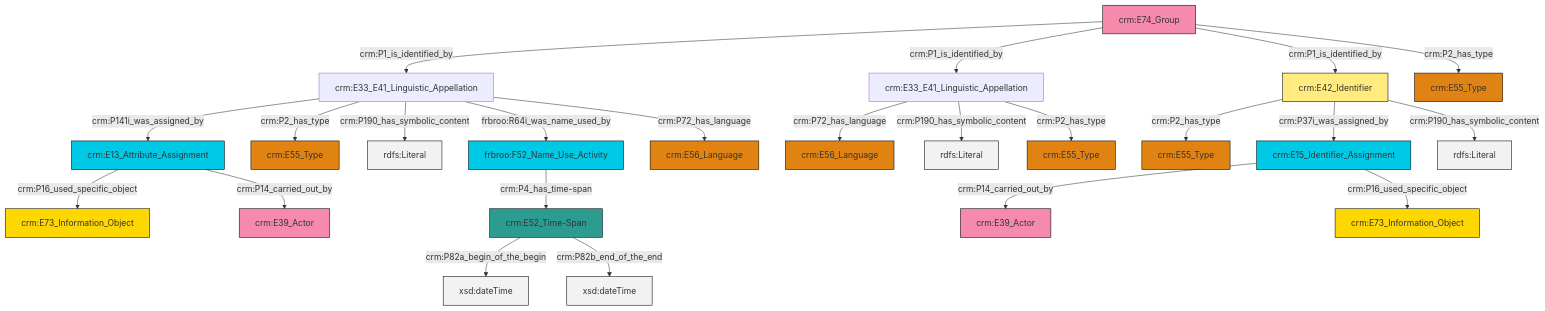
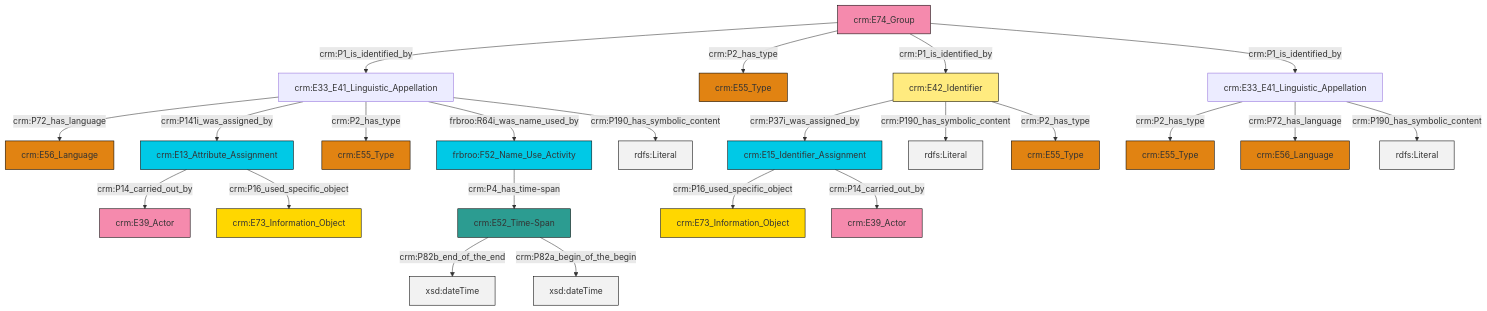
One commit to swiss-art-research-net/reference-data-models changed the diagram in et/groupCSV/ttl/mmd/group_name.ttl.mmd. Above: the diagram before and after it, drawn with Mermaid. The commit also changed 126 other files, not shown here.

```diff
--- a/et/groupCSV/ttl/mmd/group_name.ttl.mmd
+++ b/et/groupCSV/ttl/mmd/group_name.ttl.mmd
@@ -1,37 +1,37 @@
 graph TD
 classDef Literal fill:#f2f2f2,stroke:#000000;
 classDef CRM_Entity fill:#FFFFFF,stroke:#000000;
 classDef Temporal_Entity fill:#00C9E6, stroke:#000000;
 classDef Type fill:#E18312, stroke:#000000;
 classDef Time-Span fill:#2C9C91, stroke:#000000;
 classDef Appellation fill:#FFEB7F, stroke:#000000;
 classDef Place fill:#008836, stroke:#000000;
 classDef Persistent_Item fill:#B266B2, stroke:#000000;
 classDef Conceptual_Object fill:#FFD700, stroke:#000000;
 classDef Physical_Thing fill:#D2B48C, stroke:#000000;
 classDef Actor fill:#f58aad, stroke:#000000;
 classDef PC_Classes fill:#4ce600, stroke:#000000;
 classDef Multi fill:#cccccc,stroke:#000000;
 
-0["crm:E42_Identifier"]:::Appellation -->|crm:P2_has_type| 1["crm:E55_Type"]:::Type
-0["crm:E42_Identifier"]:::Appellation -->|crm:P37i_was_assigned_by| 2["crm:E15_Identifier_Assignment"]:::Temporal_Entity
-3["crm:E33_E41_Linguistic_Appellation"]:::Default -->|crm:P141i_was_assigned_by| 4["crm:E13_Attribute_Assignment"]:::Temporal_Entity
-9["crm:E33_E41_Linguistic_Appellation"]:::Default -->|crm:P72_has_language| 10["crm:E56_Language"]:::Type
-0["crm:E42_Identifier"]:::Appellation -->|crm:P190_has_symbolic_content| 11[rdfs:Literal]:::Literal
-5["crm:E74_Group"]:::Actor -->|crm:P1_is_identified_by| 3["crm:E33_E41_Linguistic_Appellation"]:::Default
-5["crm:E74_Group"]:::Actor -->|crm:P1_is_identified_by| 9["crm:E33_E41_Linguistic_Appellation"]:::Default
-12["crm:E52_Time-Span"]:::Time-Span -->|crm:P82a_begin_of_the_begin| 13[xsd:dateTime]:::Literal
-3["crm:E33_E41_Linguistic_Appellation"]:::Default -->|crm:P2_has_type| 14["crm:E55_Type"]:::Type
-5["crm:E74_Group"]:::Actor -->|crm:P1_is_identified_by| 0["crm:E42_Identifier"]:::Appellation
-9["crm:E33_E41_Linguistic_Appellation"]:::Default -->|crm:P190_has_symbolic_content| 18[rdfs:Literal]:::Literal
-9["crm:E33_E41_Linguistic_Appellation"]:::Default -->|crm:P2_has_type| 19["crm:E55_Type"]:::Type
-4["crm:E13_Attribute_Assignment"]:::Temporal_Entity -->|crm:P16_used_specific_object| 20["crm:E73_Information_Object"]:::Conceptual_Object
-2["crm:E15_Identifier_Assignment"]:::Temporal_Entity -->|crm:P14_carried_out_by| 21["crm:E39_Actor"]:::Actor
-3["crm:E33_E41_Linguistic_Appellation"]:::Default -->|crm:P190_has_symbolic_content| 22[rdfs:Literal]:::Literal
-3["crm:E33_E41_Linguistic_Appellation"]:::Default -->|frbroo:R64i_was_name_used_by| 7["frbroo:F52_Name_Use_Activity"]:::Temporal_Entity
-2["crm:E15_Identifier_Assignment"]:::Temporal_Entity -->|crm:P16_used_specific_object| 24["crm:E73_Information_Object"]:::Conceptual_Object
-12["crm:E52_Time-Span"]:::Time-Span -->|crm:P82b_end_of_the_end| 27[xsd:dateTime]:::Literal
-7["frbroo:F52_Name_Use_Activity"]:::Temporal_Entity -->|crm:P4_has_time-span| 12["crm:E52_Time-Span"]:::Time-Span
-4["crm:E13_Attribute_Assignment"]:::Temporal_Entity -->|crm:P14_carried_out_by| 16["crm:E39_Actor"]:::Actor
-5["crm:E74_Group"]:::Actor -->|crm:P2_has_type| 25["crm:E55_Type"]:::Type
-3["crm:E33_E41_Linguistic_Appellation"]:::Default -->|crm:P72_has_language| 35["crm:E56_Language"]:::Type
+0["crm:E52_Time-Span"]:::Time-Span -->|crm:P82b_end_of_the_end| 1[xsd:dateTime]:::Literal
+6["crm:E42_Identifier"]:::Appellation -->|crm:P37i_was_assigned_by| 2["crm:E15_Identifier_Assignment"]:::Temporal_Entity
+7["crm:E74_Group"]:::Actor -->|crm:P1_is_identified_by| 8["crm:E33_E41_Linguistic_Appellation"]:::Default
+6["crm:E42_Identifier"]:::Appellation -->|crm:P190_has_symbolic_content| 11[rdfs:Literal]:::Literal
+8["crm:E33_E41_Linguistic_Appellation"]:::Default -->|crm:P72_has_language| 14["crm:E56_Language"]:::Type
+8["crm:E33_E41_Linguistic_Appellation"]:::Default -->|crm:P141i_was_assigned_by| 4["crm:E13_Attribute_Assignment"]:::Temporal_Entity
+4["crm:E13_Attribute_Assignment"]:::Temporal_Entity -->|crm:P14_carried_out_by| 20["crm:E39_Actor"]:::Actor
+0["crm:E52_Time-Span"]:::Time-Span -->|crm:P82a_begin_of_the_begin| 21[xsd:dateTime]:::Literal
+24["frbroo:F52_Name_Use_Activity"]:::Temporal_Entity -->|crm:P4_has_time-span| 0["crm:E52_Time-Span"]:::Time-Span
+7["crm:E74_Group"]:::Actor -->|crm:P2_has_type| 25["crm:E55_Type"]:::Type
+8["crm:E33_E41_Linguistic_Appellation"]:::Default -->|crm:P2_has_type| 26["crm:E55_Type"]:::Type
+7["crm:E74_Group"]:::Actor -->|crm:P1_is_identified_by| 6["crm:E42_Identifier"]:::Appellation
+8["crm:E33_E41_Linguistic_Appellation"]:::Default -->|frbroo:R64i_was_name_used_by| 24["frbroo:F52_Name_Use_Activity"]:::Temporal_Entity
+2["crm:E15_Identifier_Assignment"]:::Temporal_Entity -->|crm:P16_used_specific_object| 15["crm:E73_Information_Object"]:::Conceptual_Object
+7["crm:E74_Group"]:::Actor -->|crm:P1_is_identified_by| 18["crm:E33_E41_Linguistic_Appellation"]:::Default
+6["crm:E42_Identifier"]:::Appellation -->|crm:P2_has_type| 12["crm:E55_Type"]:::Type
+18["crm:E33_E41_Linguistic_Appellation"]:::Default -->|crm:P2_has_type| 30["crm:E55_Type"]:::Type
+18["crm:E33_E41_Linguistic_Appellation"]:::Default -->|crm:P72_has_language| 27["crm:E56_Language"]:::Type
+8["crm:E33_E41_Linguistic_Appellation"]:::Default -->|crm:P190_has_symbolic_content| 38[rdfs:Literal]:::Literal
+4["crm:E13_Attribute_Assignment"]:::Temporal_Entity -->|crm:P16_used_specific_object| 32["crm:E73_Information_Object"]:::Conceptual_Object
+18["crm:E33_E41_Linguistic_Appellation"]:::Default -->|crm:P190_has_symbolic_content| 41[rdfs:Literal]:::Literal
+2["crm:E15_Identifier_Assignment"]:::Temporal_Entity -->|crm:P14_carried_out_by| 22["crm:E39_Actor"]:::Actor
```
